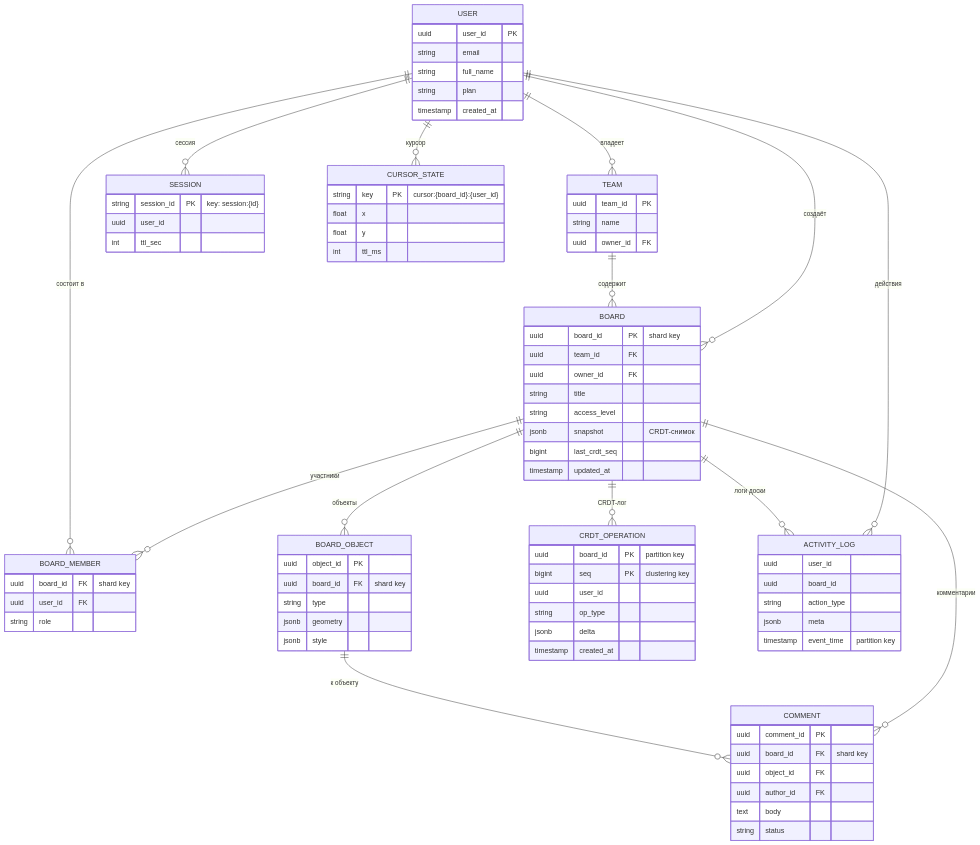
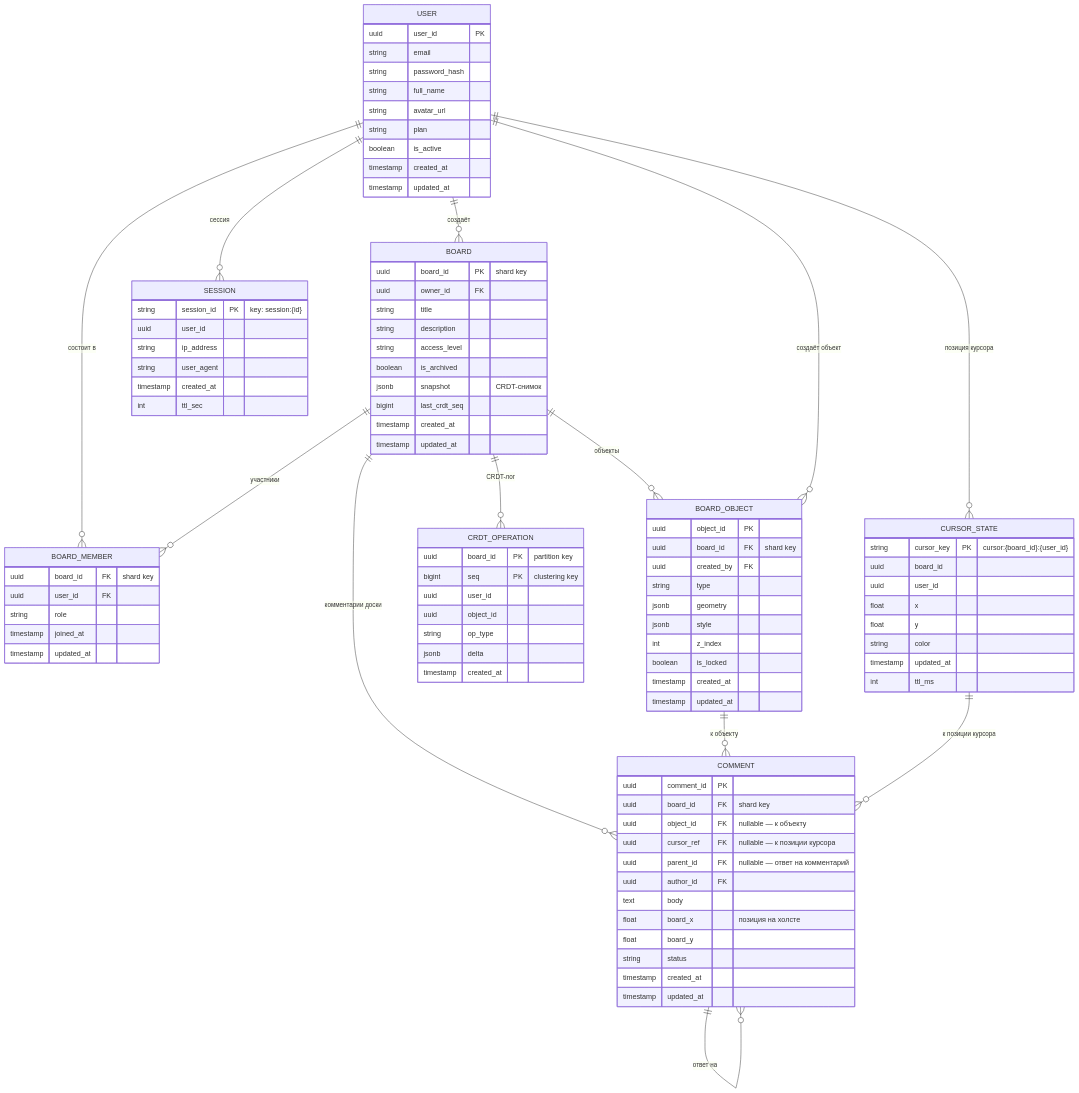
The diagram in README.md (Diwix6/vk_highload), drawn with Mermaid before and after one commit. The commit also changed other lines of this file, not shown here.

Commit message:
подправил схему 5.2

````diff
--- a/README.md
+++ b/README.md
@@ -579,100 +571,108 @@
 ```mermaid
 erDiagram
  
-    %% ── PostgreSQL ──────────────────────────────────────
     USER {
-        uuid    user_id     PK
-        string  email
-        string  full_name
-        string  plan
+        uuid      user_id        PK
+        string    email
+        string    password_hash
+        string    full_name
+        string    avatar_url
+        string    plan
+        boolean   is_active
         timestamp created_at
-    }
- 
-    TEAM {
-        uuid    team_id     PK
-        string  name
-        uuid    owner_id    FK
+        timestamp updated_at
     }
  
     BOARD {
-        uuid    board_id    PK  "shard key"
-        uuid    team_id     FK
-        uuid    owner_id    FK
-        string  title
-        string  access_level
-        jsonb   snapshot        "CRDT-снимок"
-        bigint  last_crdt_seq
+        uuid      board_id       PK  "shard key"
+        uuid      owner_id       FK
+        string    title
+        string    description
+        string    access_level
+        boolean   is_archived
+        jsonb     snapshot           "CRDT-снимок"
+        bigint    last_crdt_seq
+        timestamp created_at
         timestamp updated_at
     }
  
     BOARD_MEMBER {
-        uuid    board_id    FK  "shard key"
-        uuid    user_id     FK
-        string  role
+        uuid      board_id       FK  "shard key"
+        uuid      user_id        FK
+        string    role
+        timestamp joined_at
+        timestamp updated_at
     }
  
     BOARD_OBJECT {
-        uuid    object_id   PK
-        uuid    board_id    FK  "shard key"
-        string  type
-        jsonb   geometry
-        jsonb   style
+        uuid      object_id      PK
+        uuid      board_id       FK  "shard key"
+        uuid      created_by     FK
+        string    type
+        jsonb     geometry
+        jsonb     style
+        int       z_index
+        boolean   is_locked
+        timestamp created_at
+        timestamp updated_at
     }
  
     COMMENT {
-        uuid    comment_id  PK
-        uuid    board_id    FK  "shard key"
-        uuid    object_id   FK
-        uuid    author_id   FK
-        text    body
-        string  status
+        uuid      comment_id     PK
+        uuid      board_id       FK  "shard key"
+        uuid      object_id      FK  "nullable — к объекту"
+        uuid      cursor_ref     FK  "nullable — к позиции курсора"
+        uuid      parent_id      FK  "nullable — ответ на комментарий"
+        uuid      author_id      FK
+        text      body
+        float     board_x            "позиция на холсте"
+        float     board_y
+        string    status
+        timestamp created_at
+        timestamp updated_at
     }
  
-    %% ── Cassandra ───────────────────────────────────────
     CRDT_OPERATION {
-        uuid    board_id    PK  "partition key"
-        bigint  seq         PK  "clustering key"
-        uuid    user_id
-        string  op_type
-        jsonb   delta
+        uuid      board_id       PK  "partition key"
+        bigint    seq            PK  "clustering key"
+        uuid      user_id
+        uuid      object_id
+        string    op_type
+        jsonb     delta
         timestamp created_at
     }
  
-    %% ── Redis ───────────────────────────────────────────
     SESSION {
-        string  session_id  PK  "key: session:{id}"
-        uuid    user_id
-        int     ttl_sec
+        string    session_id     PK  "key: session:{id}"
+        uuid      user_id
+        string    ip_address
+        string    user_agent
+        timestamp created_at
+        int       ttl_sec
     }
  
     CURSOR_STATE {
-        string  key         PK  "cursor:{board_id}:{user_id}"
-        float   x
-        float   y
-        int     ttl_ms
-    }
- 
-    %% ── ClickHouse ──────────────────────────────────────
-    ACTIVITY_LOG {
-        uuid    user_id
-        uuid    board_id
-        string  action_type
-        jsonb   meta
-        timestamp event_time  "partition key"
+        string    cursor_key     PK  "cursor:{board_id}:{user_id}"
+        uuid      board_id
+        uuid      user_id
+        float     x
+        float     y
+        string    color
+        timestamp updated_at
+        int       ttl_ms
     }
  
     %% ── Связи ───────────────────────────────────────────
-    USER         ||--o{ TEAM         : "владеет"
-    USER         ||--o{ BOARD        : "создаёт"
-    TEAM         ||--o{ BOARD        : "содержит"
-    BOARD        ||--o{ BOARD_MEMBER : "участники"
-    USER         ||--o{ BOARD_MEMBER : "состоит в"
-    BOARD        ||--o{ BOARD_OBJECT : "объекты"
-    BOARD        ||--o{ COMMENT      : "комментарии"
-    BOARD_OBJECT ||--o{ COMMENT      : "к объекту"
+    USER         ||--o{ BOARD          : "создаёт"
+    USER         ||--o{ BOARD_MEMBER   : "состоит в"
+    BOARD        ||--o{ BOARD_MEMBER   : "участники"
+    BOARD        ||--o{ BOARD_OBJECT   : "объекты"
+    USER         ||--o{ BOARD_OBJECT   : "создаёт объект"
+    BOARD        ||--o{ COMMENT        : "комментарии доски"
+    BOARD_OBJECT ||--o{ COMMENT        : "к объекту"
+    COMMENT      ||--o{ COMMENT        : "ответ на"
+    CURSOR_STATE ||--o{ COMMENT        : "к позиции курсора"
     BOARD        ||--o{ CRDT_OPERATION : "CRDT-лог"
-    USER         ||--o{ SESSION      : "сессия"
-    USER         ||--o{ CURSOR_STATE : "курсор"
-    USER         ||--o{ ACTIVITY_LOG : "действия"
-    BOARD        ||--o{ ACTIVITY_LOG : "логи доски"
+    USER         ||--o{ SESSION        : "сессия"
+    USER         ||--o{ CURSOR_STATE   : "позиция курсора"
 ```
````
